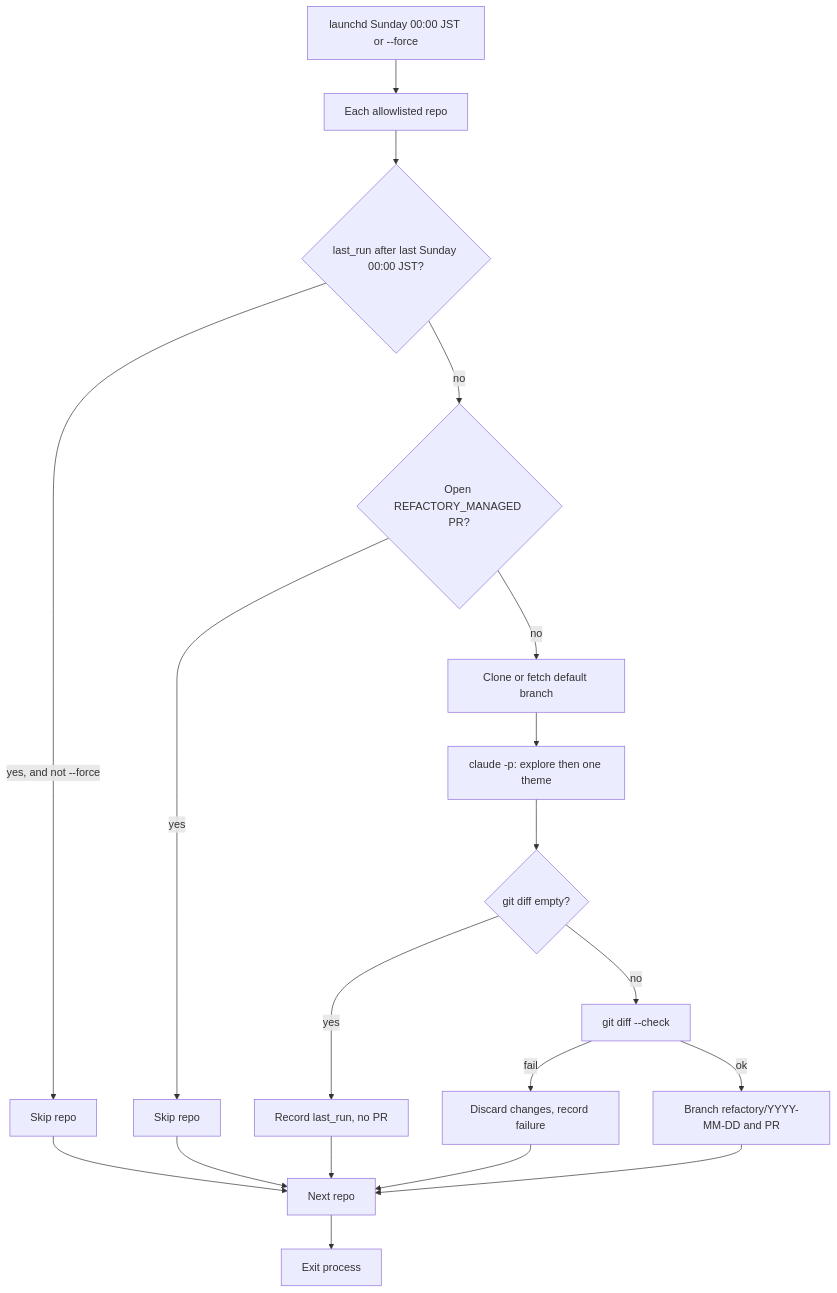
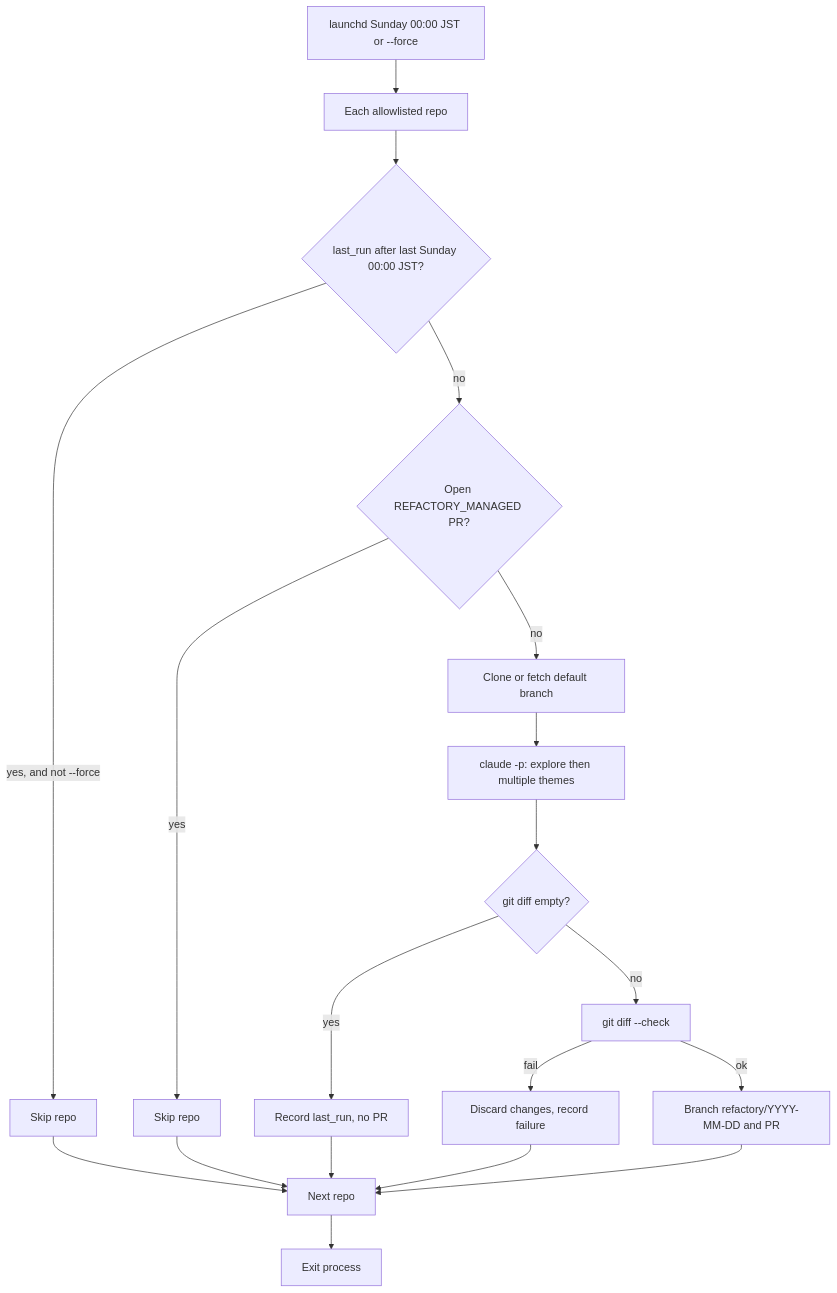
One commit to Senna46/refactory changed the diagram in .plans/refactory.plan.md. Above: the diagram before and after it, drawn with Mermaid. The commit also changed other lines of this file and 5 other files, not shown here.

````diff
--- a/.plans/refactory.plan.md
+++ b/.plans/refactory.plan.md
@@ -56,21 +57,21 @@
 ```mermaid
 flowchart TD
   Start[launchd Sunday 00:00 JST or --force] --> Repos[Each allowlisted repo]
   Repos --> Cycle{last_run after last Sunday 00:00 JST?}
   Cycle -->|yes, and not --force| SkipCycle[Skip repo]
   Cycle -->|no| Open{Open REFACTORY_MANAGED PR?}
   Open -->|yes| SkipOpen[Skip repo]
   Open -->|no| Clone[Clone or fetch default branch]
-  Clone --> Claude[claude -p: explore then one theme]
+  Clone --> Claude[claude -p: explore then multiple themes]
   Claude --> Empty{git diff empty?}
   Empty -->|yes| Record[Record last_run, no PR]
   Empty -->|no| Check[git diff --check]
   Check -->|fail| Abort[Discard changes, record failure]
   Check -->|ok| Push[Branch refactory/YYYY-MM-DD and PR]
   Push --> Next[Next repo]
   SkipCycle --> Next
   SkipOpen --> Next
   Record --> Next
   Abort --> Next
   Next --> ExitNode[Exit process]
 ```
````
